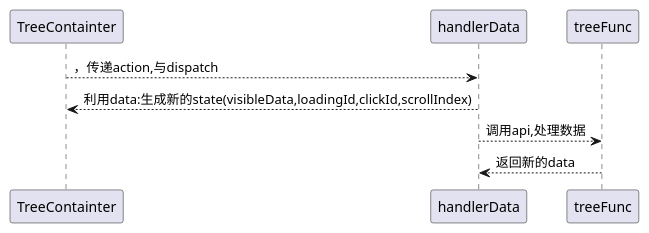
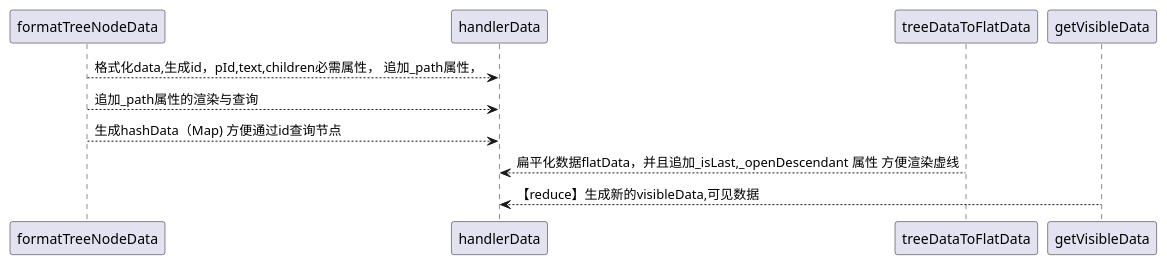
One commit to wangzhiyonglyk/wasabi-tree changed the third of 4 diagrams in README.md. Above: the diagram before and after it, drawn with PlantUML. The commit also changed other lines of this file and 17 other files, not shown here.

````diff
--- a/README.md
+++ b/README.md
@@ -262,8 +273,9 @@
 ```plantuml
 @startuml
-TreeContainter-->handlerData:，传递action,与dispatch
-handlerData-->TreeContainter:利用data:生成新的state(visibleData,loadingId,clickId,scrollIndex)
-handlerData-->treeFunc:调用api,处理数据
-treeFunc-->handlerData:返回新的data
+formatTreeNodeData-->handlerData:格式化data,生成id，pId,text,children必需属性， 追加_path属性，
+formatTreeNodeData-->handlerData:追加_path属性的渲染与查询
+formatTreeNodeData-->handlerData:生成hashData（Map) 方便通过id查询节点
+treeDataToFlatData-->handlerData:扁平化数据flatData，并且追加_isLast,_openDescendant 属性 方便渲染虚线
+getVisibleData-->handlerData:【reduce】生成新的visibleData,可见数据
 @enduml
 ```
````
